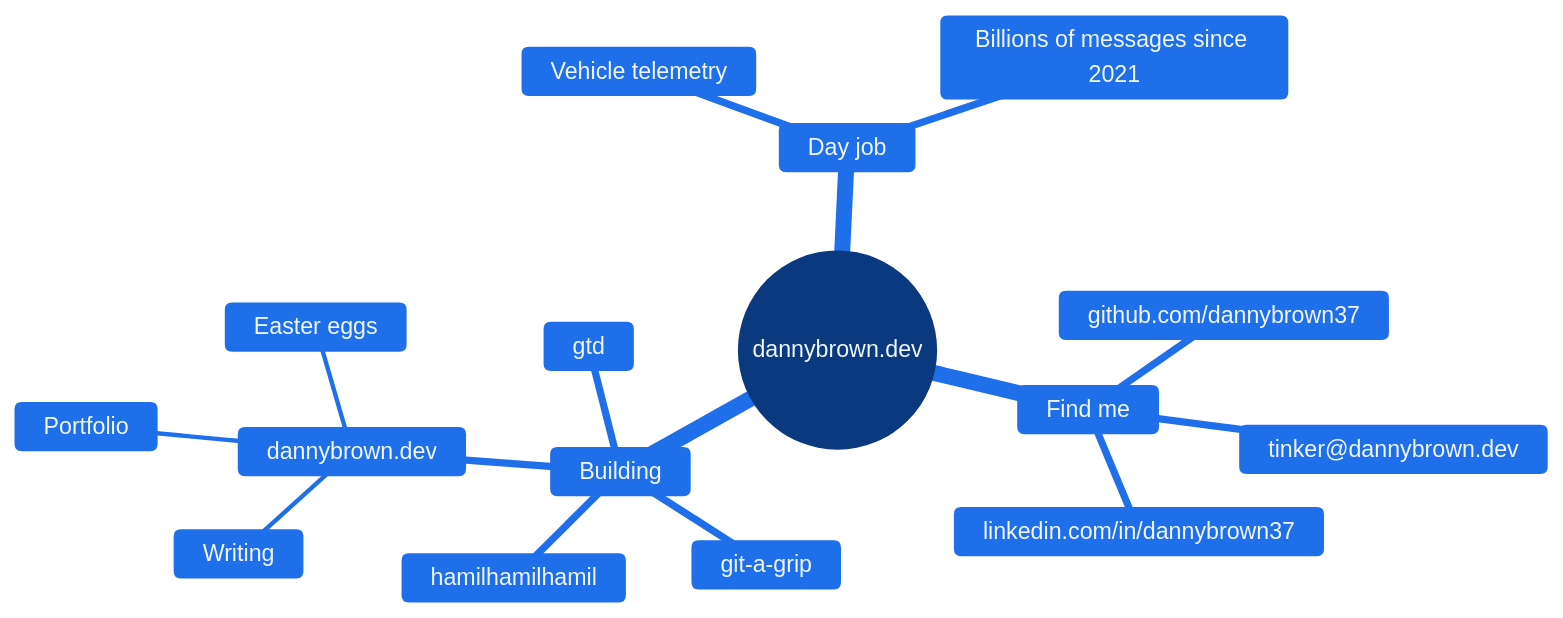
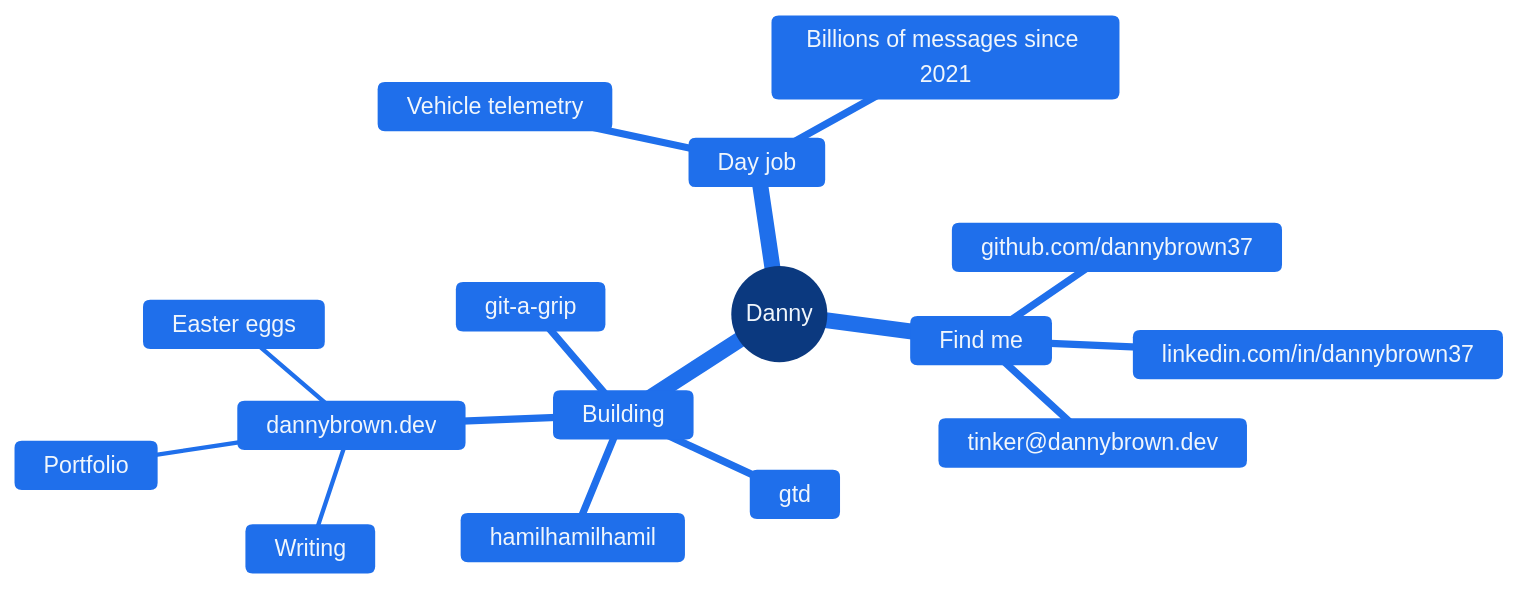
One commit to dannybrown37/dannybrown37 changed the diagram in README.md. Above: the diagram before and after it, drawn with Mermaid.

Commit message:
Update mindmap root name in README

````diff
--- a/README.md
+++ b/README.md
@@ -7,26 +7,26 @@
 ```mermaid
 %%{init: {'theme':'base', 'themeVariables': {
   'primaryColor':'#1f6feb','primaryTextColor':'#f0f6fc','primaryBorderColor':'#58a6ff',
   'lineColor':'#8b949e','textColor':'#f0f6fc','fontSize':'16px',
   'cScale0':'#1f6feb','cScale1':'#1f6feb','cScale2':'#1f6feb','cScale3':'#1f6feb',
   'cScaleLabel0':'#f0f6fc','cScaleLabel1':'#f0f6fc','cScaleLabel2':'#f0f6fc','cScaleLabel3':'#f0f6fc'
 }}}%%
 mindmap
-  root((dannybrown.dev))
+  root((Danny))
     Find me
       github.com/dannybrown37
       linkedin.com/in/dannybrown37
       tinker@dannybrown.dev
     Building
       gtd
       git-a-grip
       hamilhamilhamil
       dannybrown.dev
         Writing
         Portfolio
         Easter eggs
     Day job
       Vehicle telemetry
       Billions of messages since 2021
 
 ```
````
